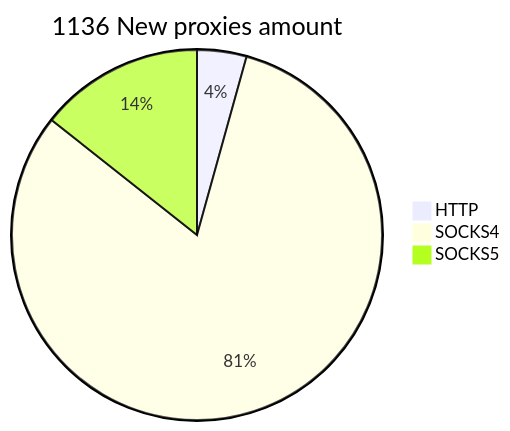
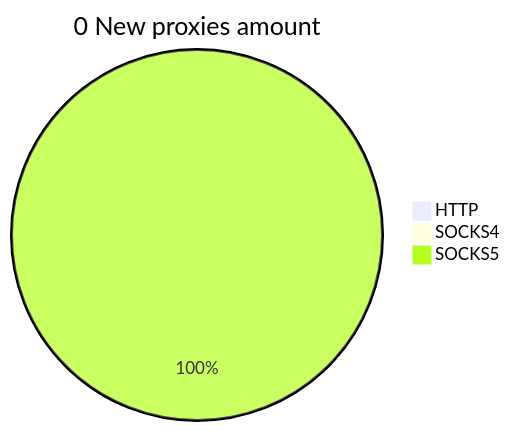
One commit to cutipu/proxylist changed the second of 2 diagrams in README.md. Above: the diagram before and after it, drawn with Mermaid. The commit also changed other lines of this file, not shown here.

````diff
--- a/README.md
+++ b/README.md
@@ -10,6 +10,6 @@
 ```mermaid
-pie title 1136 New proxies amount
-    "HTTP" : 49
-    "SOCKS4" : 924
-    "SOCKS5" : 163
+pie title 0 New proxies amount
+    "HTTP" : 0
+    "SOCKS4" : 0
+    "SOCKS5" : 2
 ```
````
